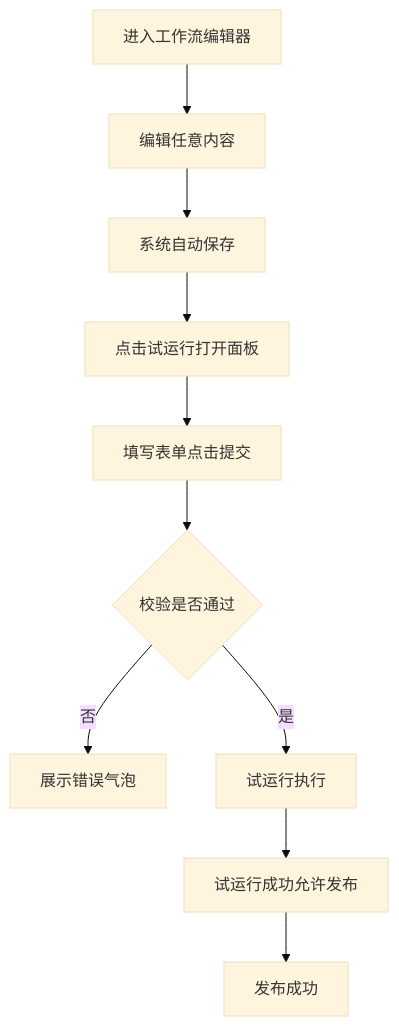
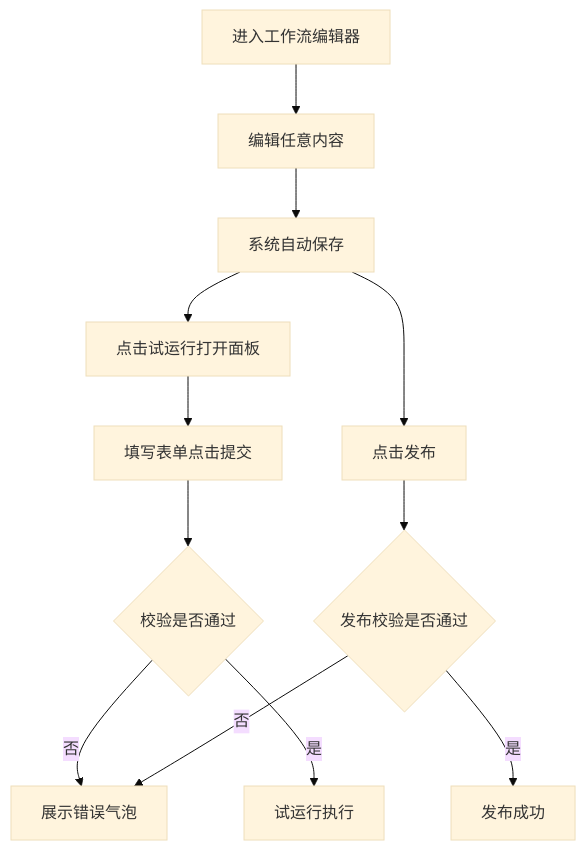
The second of 3 diagrams in 文档/工作流/工作流详细需求说明文档.md (1204TMax/sucai), drawn with Mermaid (base theme) before and after one commit. The commit also changed other lines of this file and 2 other files, not shown here.

````diff
--- a/文档/工作流/工作流详细需求说明文档.md
+++ b/文档/工作流/工作流详细需求说明文档.md
@@ -87,14 +89,16 @@
 ```mermaid
 flowchart TD
   A[进入工作流编辑器] --> B[编辑任意内容]
   B --> C[系统自动保存]
 C --> D[点击试运行打开面板]
 D --> E[填写表单点击提交]
 E --> F{校验是否通过}
 F -->|否| G[展示错误气泡]
 F -->|是| H[试运行执行]
-H --> I[试运行成功允许发布]
-I --> J[发布成功]
+C --> I[点击发布]
+I --> J{发布校验是否通过}
+J -->|否| G
+J -->|是| K[发布成功]
 
 
 ```
````
